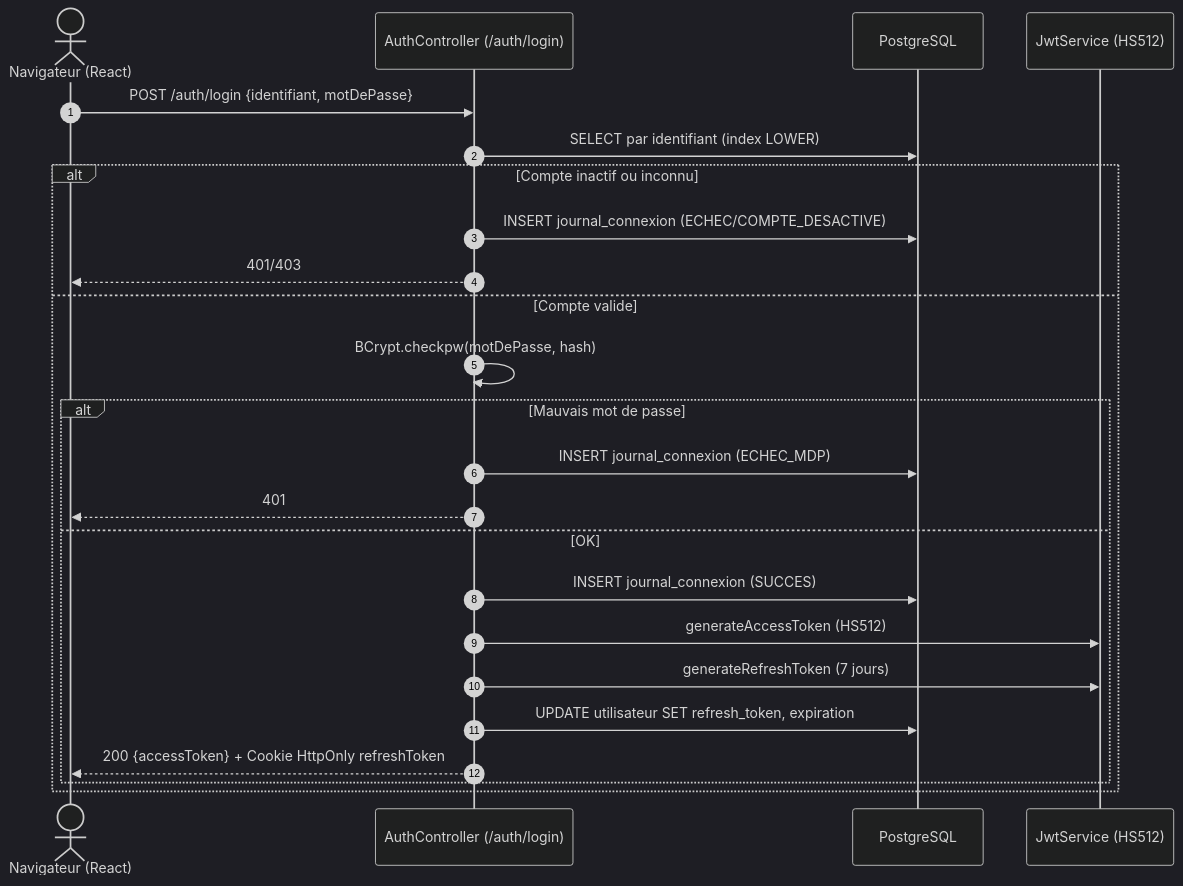
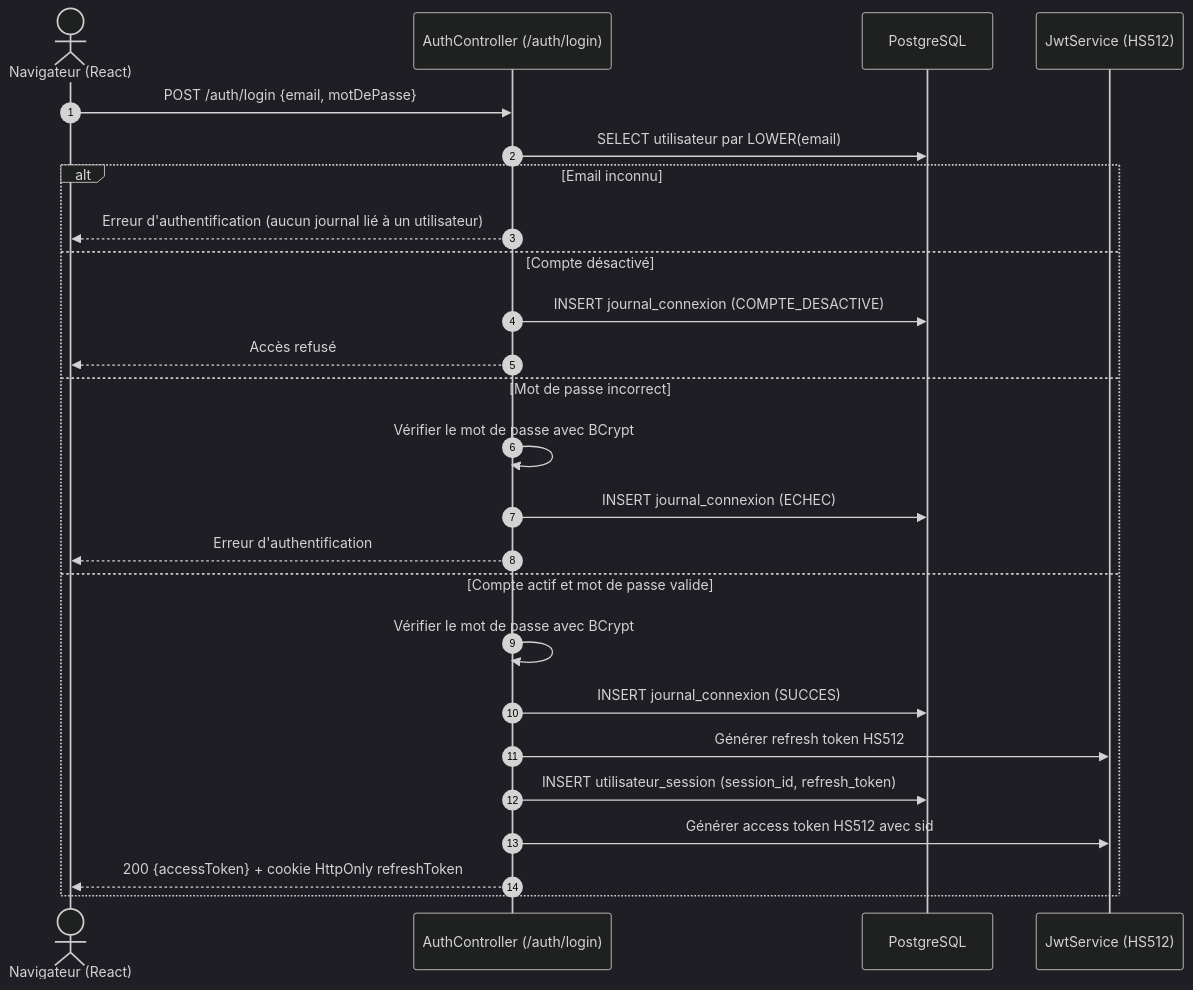
One commit to Tnyaina/GALAXAM-SIRH changed the diagram in backend/docs/boky/module-securite-audit.md. Above: the diagram before and after it, drawn with Mermaid (dark theme). The commit also changed other lines of this file and 96 other files, not shown here.

````diff
--- a/backend/docs/boky/module-securite-audit.md
+++ b/backend/docs/boky/module-securite-audit.md
@@ -324,27 +357,28 @@
 ```mermaid
 sequenceDiagram
     autonumber
     actor Client as Navigateur (React)
     participant Auth as AuthController (/auth/login)
     participant DB as PostgreSQL
     participant JWT as JwtService (HS512)
 
-    Client->>Auth: POST /auth/login {identifiant, motDePasse}
-    Auth->>DB: SELECT par identifiant (index LOWER)
-    alt Compte inactif ou inconnu
-        Auth->>DB: INSERT journal_connexion (ECHEC/COMPTE_DESACTIVE)
-        Auth-->>Client: 401/403
-    else Compte valide
-        Auth->>Auth: BCrypt.checkpw(motDePasse, hash)
-        alt Mauvais mot de passe
-            Auth->>DB: INSERT journal_connexion (ECHEC_MDP)
-            Auth-->>Client: 401
-        else OK
-            Auth->>DB: INSERT journal_connexion (SUCCES)
-            Auth->>JWT: generateAccessToken (HS512)
-            Auth->>JWT: generateRefreshToken (7 jours)
-            Auth->>DB: UPDATE utilisateur SET refresh_token, expiration
-            Auth-->>Client: 200 {accessToken} + Cookie HttpOnly refreshToken
-        end
+    Client->>Auth: POST /auth/login {email, motDePasse}
+    Auth->>DB: SELECT utilisateur par LOWER(email)
+    alt Email inconnu
+        Auth-->>Client: Erreur d'authentification (aucun journal lié à un utilisateur)
+    else Compte désactivé
+        Auth->>DB: INSERT journal_connexion (COMPTE_DESACTIVE)
+        Auth-->>Client: Accès refusé
+    else Mot de passe incorrect
+        Auth->>Auth: Vérifier le mot de passe avec BCrypt
+        Auth->>DB: INSERT journal_connexion (ECHEC)
+        Auth-->>Client: Erreur d'authentification
+    else Compte actif et mot de passe valide
+        Auth->>Auth: Vérifier le mot de passe avec BCrypt
+        Auth->>DB: INSERT journal_connexion (SUCCES)
+        Auth->>JWT: Générer refresh token HS512
+        Auth->>DB: INSERT utilisateur_session (session_id, refresh_token)
+        Auth->>JWT: Générer access token HS512 avec sid
+        Auth-->>Client: 200 {accessToken} + cookie HttpOnly refreshToken
     end
 ```
````
